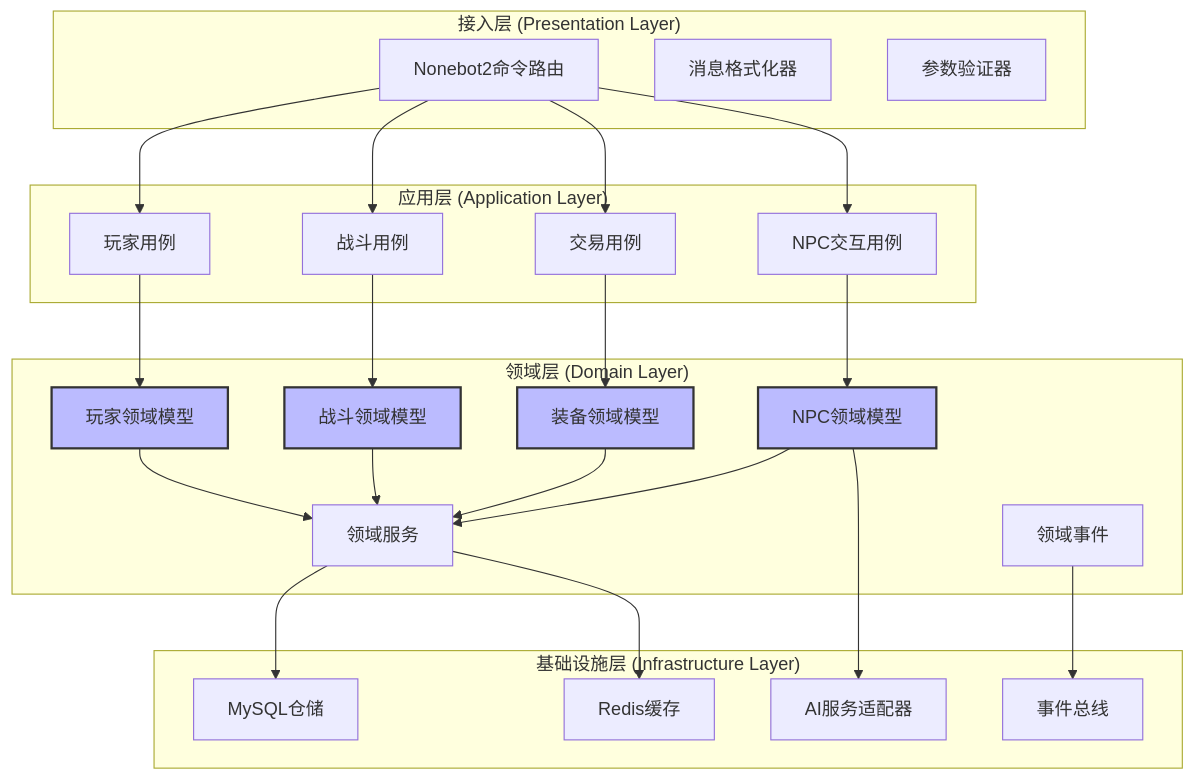
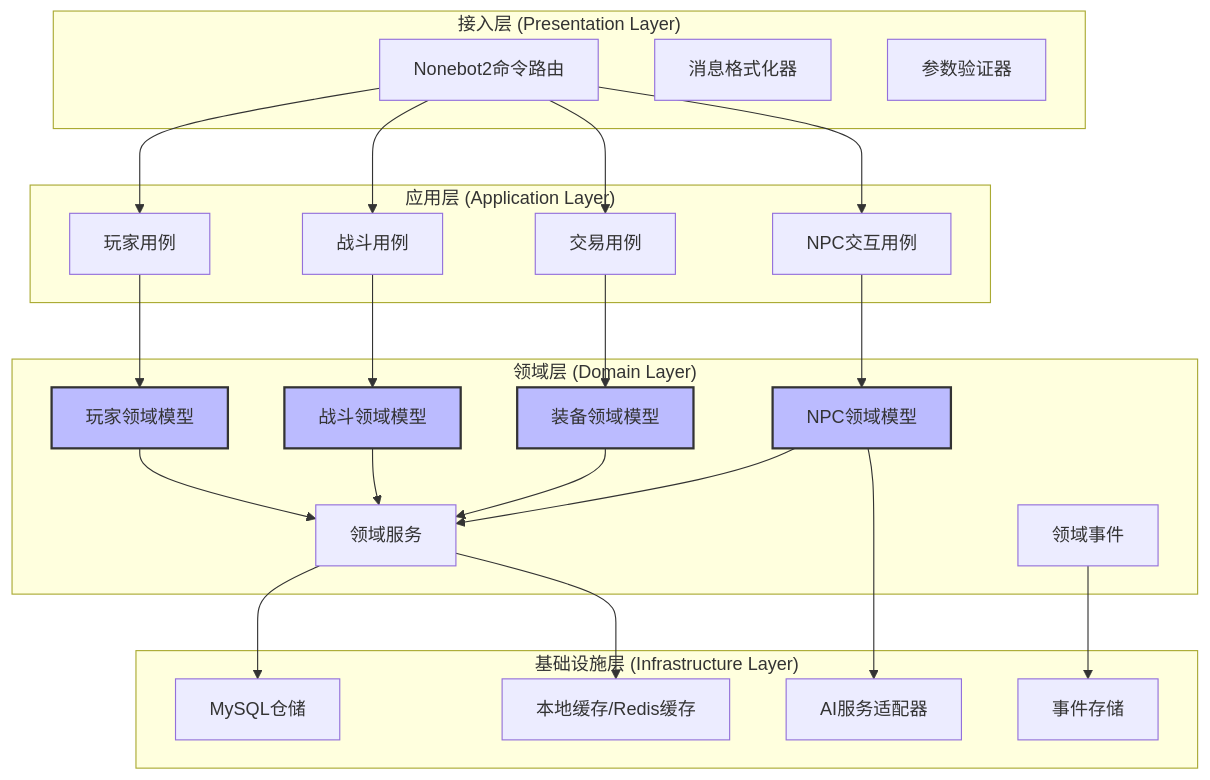
The second of 5 diagrams in REFACTORING_PLAN.md (oversk7/GuiXiuXian-QQBot), drawn with Mermaid before and after one commit. The commit also changed other lines of this file, not shown here.

````diff
--- a/REFACTORING_PLAN.md
+++ b/REFACTORING_PLAN.md
@@ -318,56 +528,56 @@
 ```mermaid
 graph TB
     subgraph "接入层 (Presentation Layer)"
         A1[Nonebot2命令路由]
         A2[消息格式化器]
         A3[参数验证器]
     end
 
     subgraph "应用层 (Application Layer)"
         B1[玩家用例]
         B2[战斗用例]
         B3[交易用例]
         B4[NPC交互用例]
     end
 
     subgraph "领域层 (Domain Layer)"
         C1[玩家领域模型]
         C2[战斗领域模型]
         C3[装备领域模型]
         C4[NPC领域模型]
         C5[领域服务]
         C6[领域事件]
     end
 
     subgraph "基础设施层 (Infrastructure Layer)"
         D1[MySQL仓储]
-        D2[Redis缓存]
+        D2[本地缓存/Redis缓存]
         D3[AI服务适配器]
-        D4[事件总线]
+        D4[事件存储]
     end
 
     A1 --> B1
     A1 --> B2
     A1 --> B3
     A1 --> B4
 
     B1 --> C1
     B2 --> C2
     B3 --> C3
     B4 --> C4
 
     C1 --> C5
     C2 --> C5
     C3 --> C5
     C4 --> C5
 
     C5 --> D1
     C5 --> D2
     C4 --> D3
     C6 --> D4
 
     style C1 fill:#bbf,stroke:#333,stroke-width:2px
     style C2 fill:#bbf,stroke:#333,stroke-width:2px
     style C3 fill:#bbf,stroke:#333,stroke-width:2px
     style C4 fill:#bbf,stroke:#333,stroke-width:2px
 ```
````
